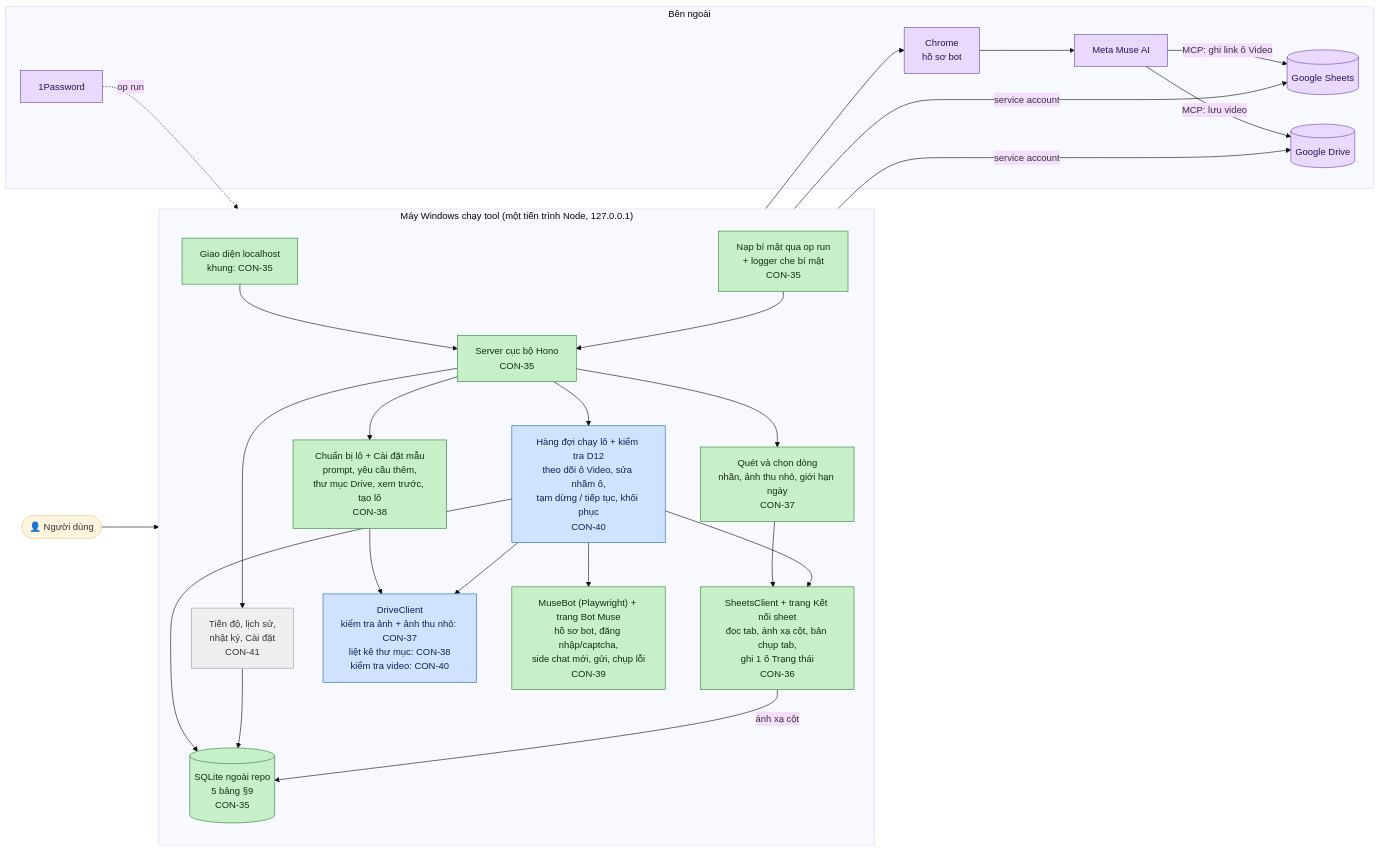
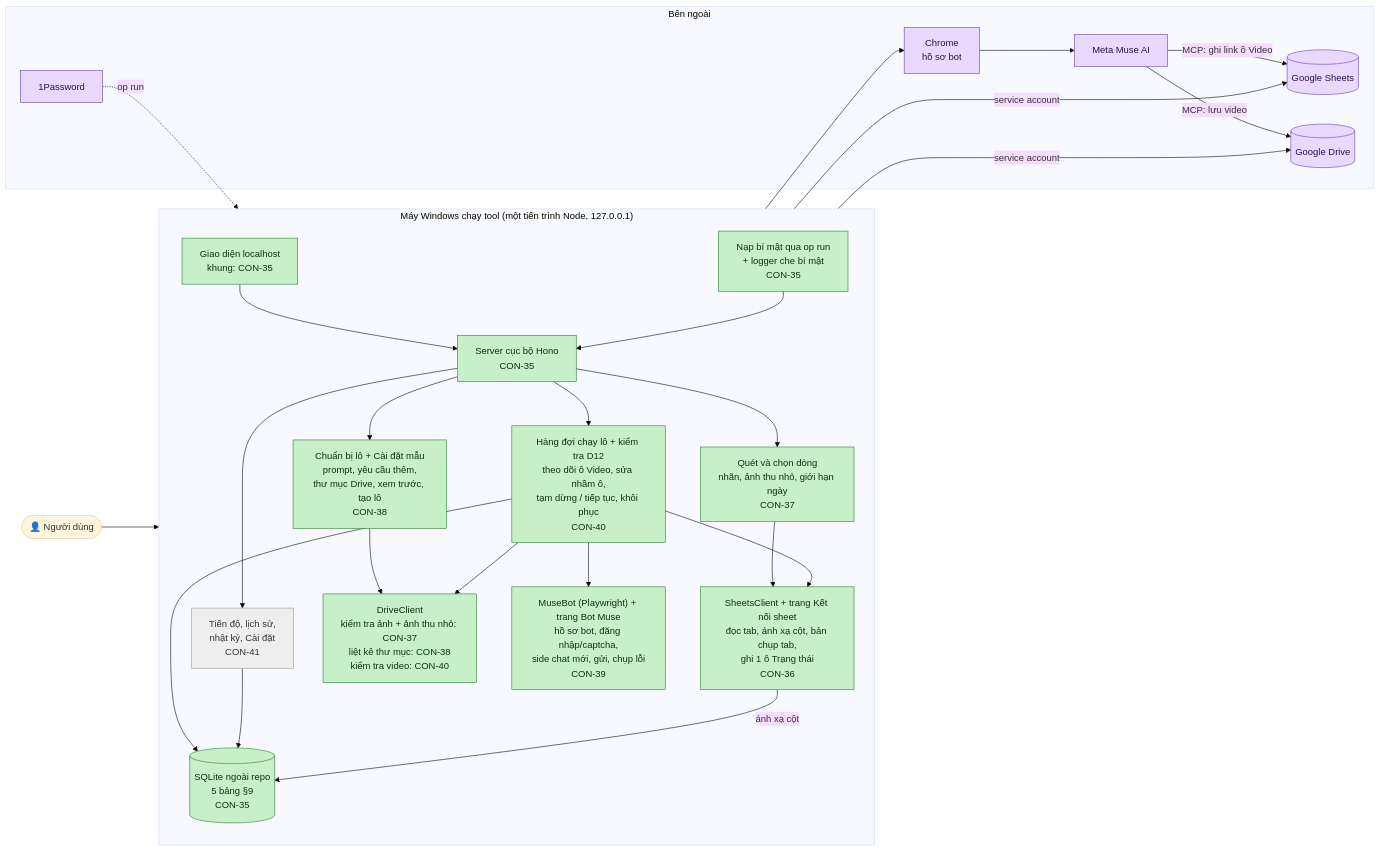
Before and after one commit to Bach1711/MASYS-VIDEO-GENERATOR: the diagram in TIEN-DO.md, drawn with Mermaid (base theme). The commit also changed other lines of this file and 1 other file, not shown here.

````diff
--- a/TIEN-DO.md
+++ b/TIEN-DO.md
@@ -17,57 +17,57 @@
 ```mermaid
 flowchart LR
     user(["👤 Người dùng"])
 
     subgraph PC["Máy Windows chạy tool (một tiến trình Node, 127.0.0.1)"]
         direction TB
         ui["Giao diện localhost<br/>khung: CON-35"]
         server["Server cục bộ Hono<br/>CON-35"]
         secrets["Nạp bí mật qua op run<br/>+ logger che bí mật<br/>CON-35"]
         db[("SQLite ngoài repo<br/>5 bảng §9<br/>CON-35")]
 
         sheet["SheetsClient + trang Kết nối sheet<br/>đọc tab, ánh xạ cột, bản chụp tab,<br/>ghi 1 ô Trạng thái<br/>CON-36"]
         scan["Quét và chọn dòng<br/>nhãn, ảnh thu nhỏ, giới hạn ngày<br/>CON-37"]
         editor["Chuẩn bị lô + Cài đặt mẫu<br/>prompt, yêu cầu thêm,<br/>thư mục Drive, xem trước, tạo lô<br/>CON-38"]
         bot["MuseBot (Playwright) + trang Bot Muse<br/>hồ sơ bot, đăng nhập/captcha,<br/>side chat mới, gửi, chụp lỗi<br/>CON-39"]
         queue["Hàng đợi chạy lô + kiểm tra D12<br/>theo dõi ô Video, sửa nhầm ô,<br/>tạm dừng / tiếp tục, khôi phục<br/>CON-40"]
         drive["DriveClient<br/>kiểm tra ảnh + ảnh thu nhỏ: CON-37<br/>liệt kê thư mục: CON-38<br/>kiểm tra video: CON-40"]
         progress["Tiến độ, lịch sử,<br/>nhật ký, Cài đặt<br/>CON-41"]
     end
 
     subgraph EXT["Bên ngoài"]
         gsheets[("Google Sheets")]
         gdrive[("Google Drive")]
         chrome["Chrome<br/>hồ sơ bot"]
         muse["Meta Muse AI"]
         op["1Password"]
     end
 
     user --> ui --> server
     server --> scan & editor & progress
     scan --> sheet
     editor --> drive
     server --> queue
     queue --> sheet & drive & bot
     queue --> db
     progress --> db
     sheet -- "ánh xạ cột" --> db
     sheet -- "service account" --> gsheets
     drive -- "service account" --> gdrive
     bot --> chrome --> muse
     muse -- "MCP: lưu video" --> gdrive
     muse -- "MCP: ghi link ô Video" --> gsheets
     op -. "op run" .-> secrets --> server
 
     classDef done fill:#c8f0c8,stroke:#2e7d32,color:#10300f
     classDef review fill:#cfe3ff,stroke:#1f5fbf,color:#0c2550
     classDef doing fill:#fff1b8,stroke:#b38600,color:#3d2e00
     classDef todo fill:#eeeeee,stroke:#9e9e9e,color:#333333
     classDef ext fill:#ead9ff,stroke:#6a3fb5,color:#2a1250
 
     class ui,server,secrets,db,sheet,scan,editor done
-    class drive review
+    class drive done
     class bot done
-    class queue review
+    class queue done
     class progress todo
     class gsheets,gdrive,chrome,muse,op ext
 ```
````
